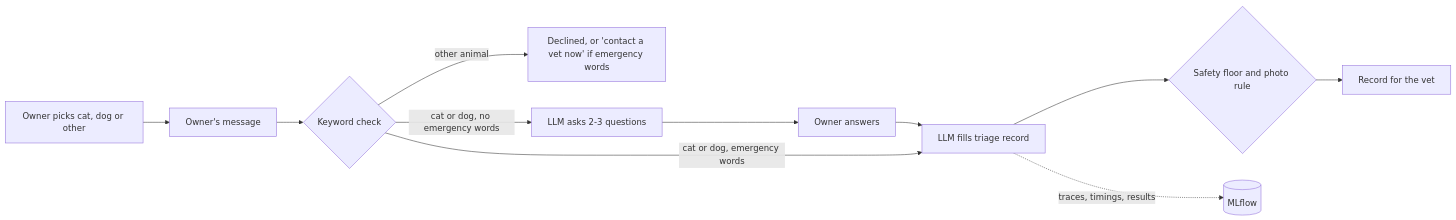
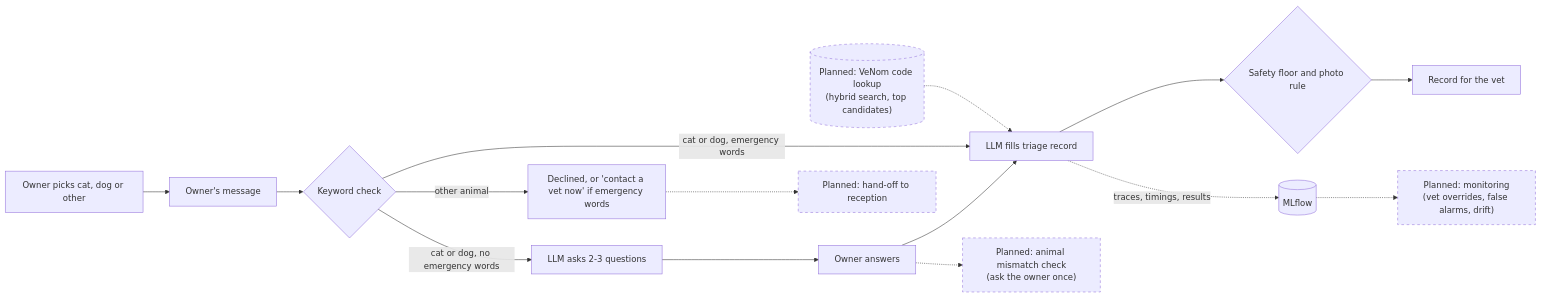
The diagram in README.md (BenjaminIsaac0111/pet-triage-demo), drawn with Mermaid before and after one commit. The commit also changed other lines of this file, not shown here.

Commit message:
README: show planned components in the diagram
Dashed boxes for the VeNom code lookup, the animal mismatch check,
hand-off to reception and monitoring: where they'd go, not built.

````diff
--- a/README.md
+++ b/README.md
@@ -13,13 +13,20 @@
 ```mermaid
 graph LR
     S[Owner picks cat, dog or other] --> A[Owner's message]
     A --> B{Keyword check}
     B -- other animal --> X[Declined, or 'contact a vet now' if emergency words]
     B -- cat or dog, no emergency words --> C[LLM asks 2-3 questions]
     C --> D[Owner answers]
     D --> E[LLM fills triage record]
     B -- cat or dog, emergency words --> E
     E --> F{Safety floor and photo rule}
     F --> G[Record for the vet]
     E -. traces, timings, results .-> H[(MLflow)]
+
+    V[("Planned: VeNom code lookup<br/>(hybrid search, top candidates)")] -.-> E
+    D -.-> M["Planned: animal mismatch check<br/>(ask the owner once)"]
+    X -.-> R["Planned: hand-off to reception"]
+    H -.-> O["Planned: monitoring<br/>(vet overrides, false alarms, drift)"]
+    classDef planned stroke-dasharray: 5 5
+    class V,M,R,O planned
 ```
````
